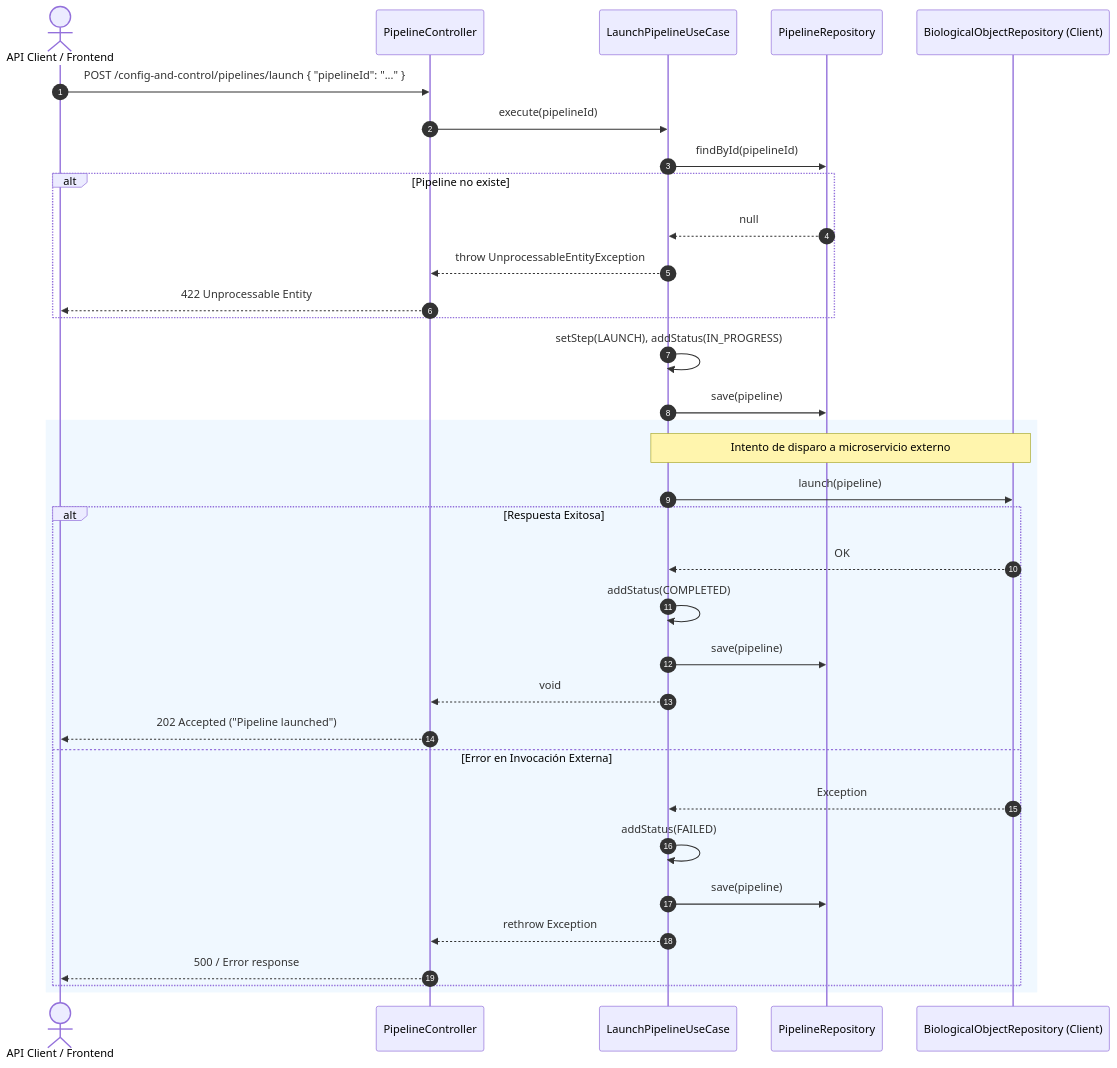
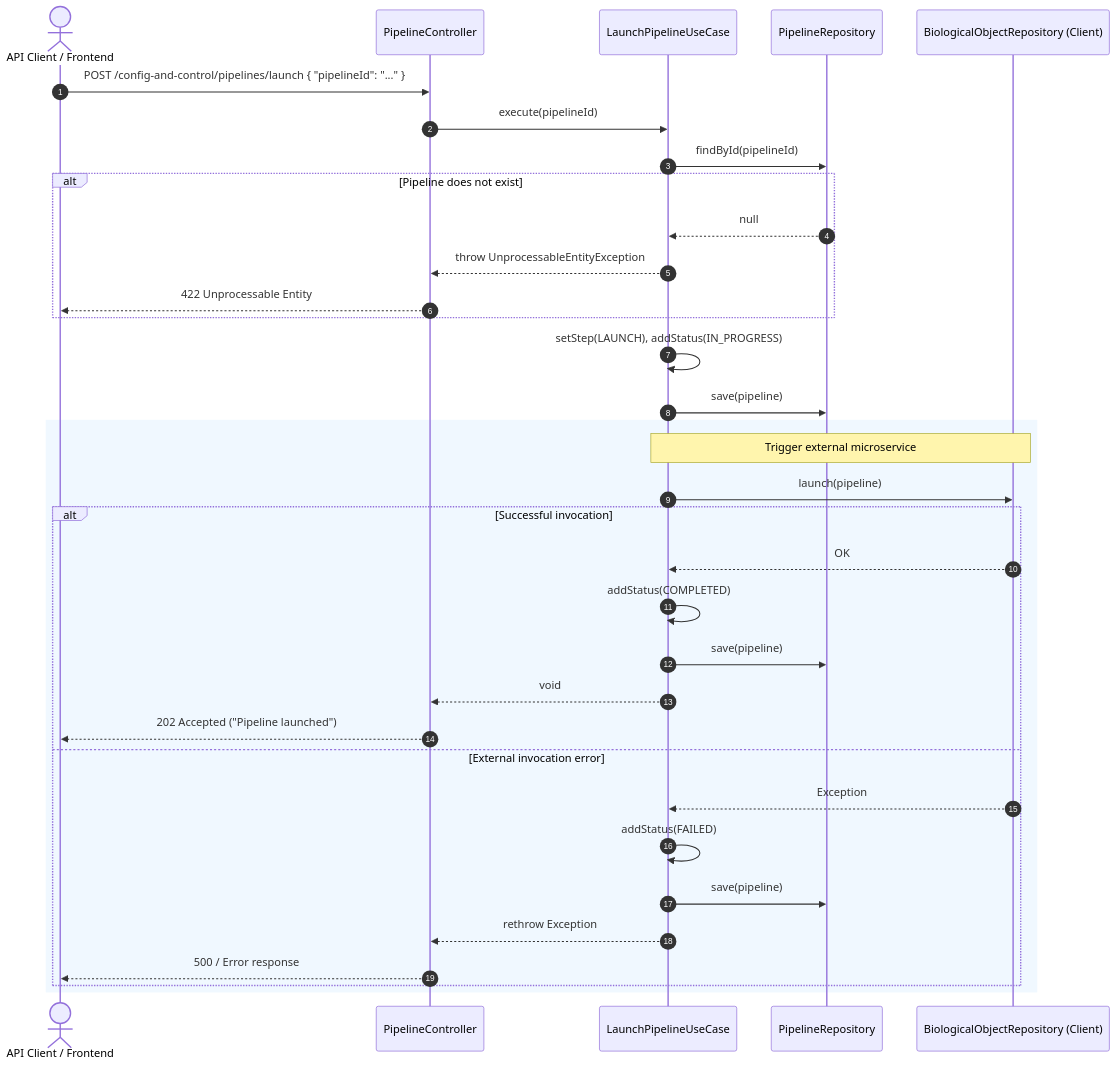
The diagram in .agents/use_cases/LaunchPipelineUseCase.md (Biopatternsg-ms/config-and-control), drawn with Mermaid before and after one commit. The commit also changed other lines of this file and 16 other files, not shown here.

````diff
--- a/.agents/use_cases/LaunchPipelineUseCase.md
+++ b/.agents/use_cases/LaunchPipelineUseCase.md
@@ -29,38 +29,38 @@
 ```mermaid
 sequenceDiagram
     autonumber
-    actor Cliente as API Client / Frontend
+    actor Client as API Client / Frontend
     participant Controller as PipelineController
     participant UseCase as LaunchPipelineUseCase
     participant PipeRepo as PipelineRepository
     participant BioRepo as BiologicalObjectRepository (Client)
 
-    Cliente->>Controller: POST /config-and-control/pipelines/launch { "pipelineId": "..." }
+    Client->>Controller: POST /config-and-control/pipelines/launch { "pipelineId": "..." }
     Controller->>UseCase: execute(pipelineId)
     UseCase->>PipeRepo: findById(pipelineId)
-    alt Pipeline no existe
+    alt Pipeline does not exist
         PipeRepo-->>UseCase: null
         UseCase-->>Controller: throw UnprocessableEntityException
-        Controller-->>Cliente: 422 Unprocessable Entity
+        Controller-->>Client: 422 Unprocessable Entity
     end
     UseCase->>UseCase: setStep(LAUNCH), addStatus(IN_PROGRESS)
     UseCase->>PipeRepo: save(pipeline)
     
     rect rgb(240, 248, 255)
-    Note over UseCase, BioRepo: Intento de disparo a microservicio externo
+    Note over UseCase, BioRepo: Trigger external microservice
     UseCase->>BioRepo: launch(pipeline)
-    alt Respuesta Exitosa
+    alt Successful invocation
         BioRepo-->>UseCase: OK
         UseCase->>UseCase: addStatus(COMPLETED)
         UseCase->>PipeRepo: save(pipeline)
         UseCase-->>Controller: void
-        Controller-->>Cliente: 202 Accepted ("Pipeline launched")
-    else Error en Invocación Externa
+        Controller-->>Client: 202 Accepted ("Pipeline launched")
+    else External invocation error
         BioRepo-->>UseCase: Exception
         UseCase->>UseCase: addStatus(FAILED)
         UseCase->>PipeRepo: save(pipeline)
         UseCase-->>Controller: rethrow Exception
-        Controller-->>Cliente: 500 / Error response
+        Controller-->>Client: 500 / Error response
     end
     end
 ```
````
